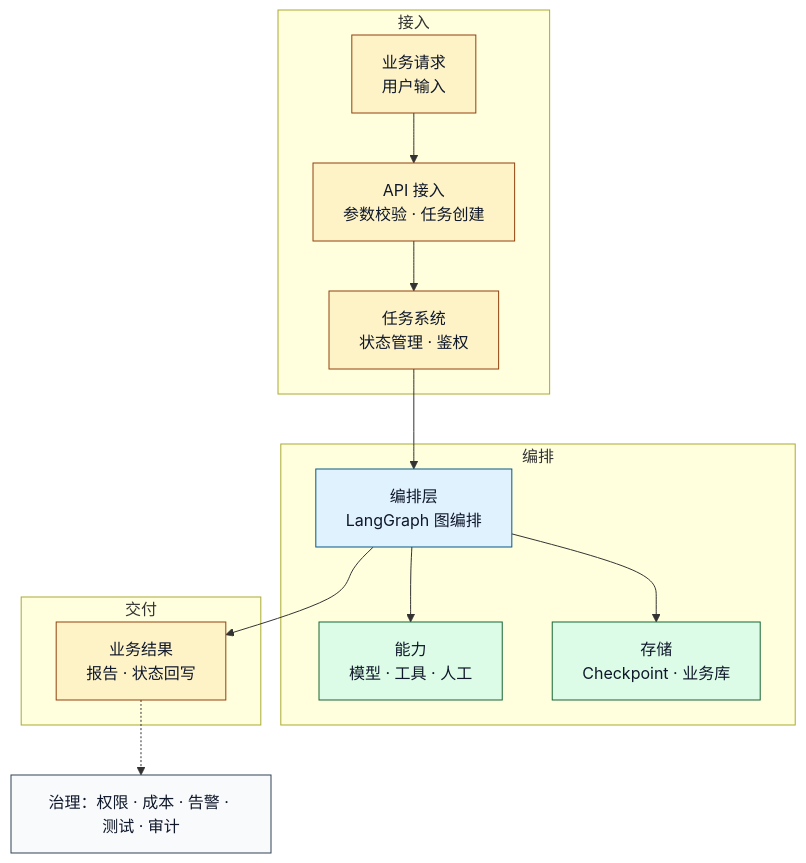
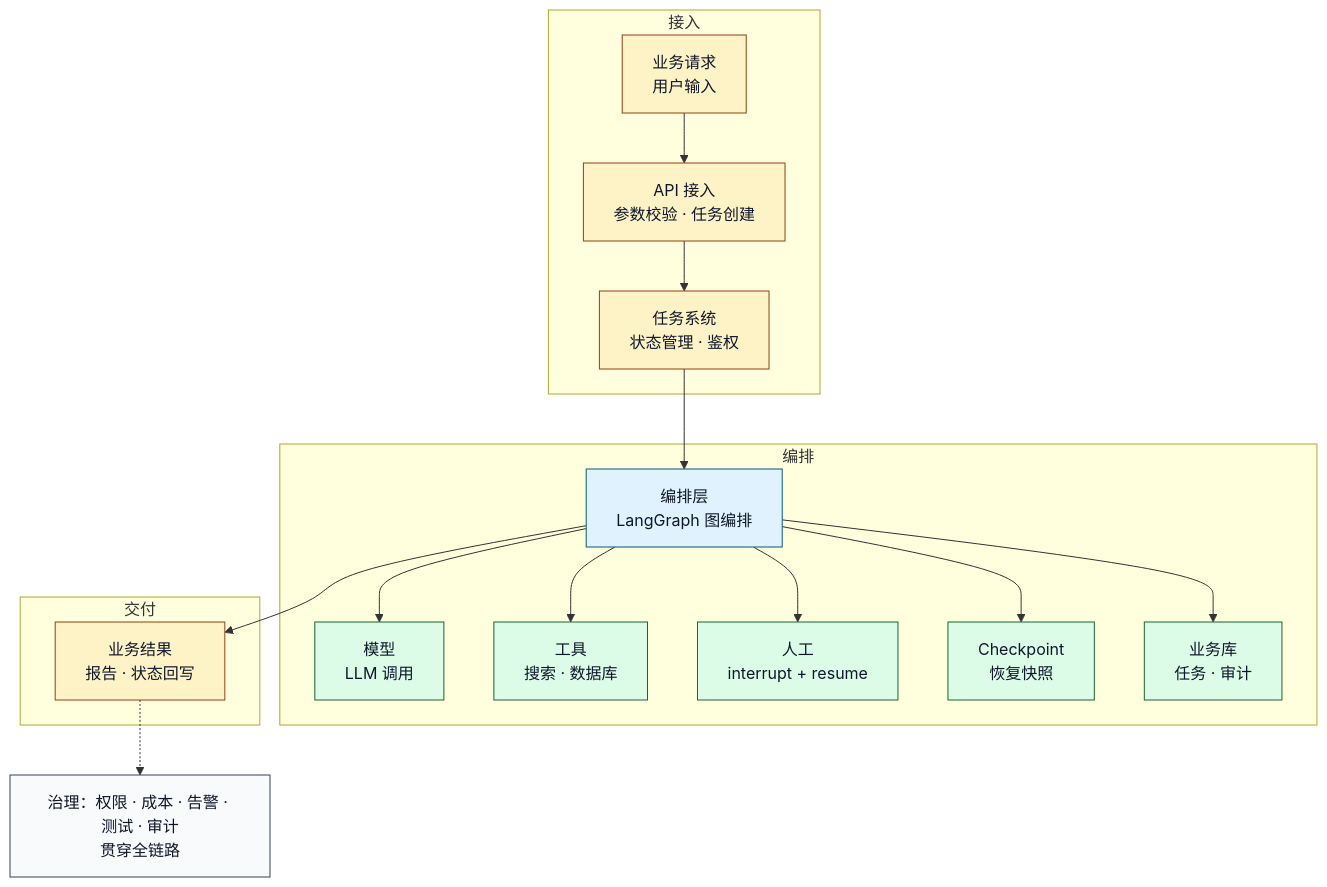
Before and after one commit to sealzrt/2026-08--agent: diagram 13 of 13 in ai-agent学习/06.LangGraph入门/16.LangGraph业务落地项目架构.md, drawn with Mermaid. The commit also changed other lines of this file and 95 other files, not shown here.

````diff
--- a/ai-agent学习/06.LangGraph入门/16.LangGraph业务落地项目架构.md
+++ b/ai-agent学习/06.LangGraph入门/16.LangGraph业务落地项目架构.md
@@ -498,31 +547,37 @@
 ```mermaid
 flowchart TD
     subgraph S1["接入"]
         Req["业务请求<br/>用户输入"]
         API["API 接入<br/>参数校验 · 任务创建"]
         Task["任务系统<br/>状态管理 · 鉴权"]
     end
     subgraph S2["编排"]
         Orch["编排层<br/>LangGraph 图编排"]
-        Cap["能力<br/>模型 · 工具 · 人工"]
-        Store["存储<br/>Checkpoint · 业务库"]
+        Model["模型<br/>LLM 调用"]
+        Tools["工具<br/>搜索 · 数据库"]
+        Human["人工<br/>interrupt + resume"]
+        CP["Checkpoint<br/>恢复快照"]
+        BizDB["业务库<br/>任务 · 审计"]
     end
     subgraph S3["交付"]
         Result["业务结果<br/>报告 · 状态回写"]
     end
     Req --> API
     API --> Task
     Task --> Orch
-    Orch --> Cap
-    Orch --> Store
+    Orch --> Model
+    Orch --> Tools
+    Orch --> Human
+    Orch --> CP
+    Orch --> BizDB
     Orch --> Result
-    Result -.-> Gov["治理：权限 · 成本 · 告警 · 测试 · 审计"]
+    Result -.-> Gov["治理：权限 · 成本 · 告警 · 测试 · 审计<br/>贯穿全链路"]
     classDef biz fill:#fef3c7,stroke:#92400e,color:#0f172a
     classDef core fill:#e0f2fe,stroke:#075985,color:#0f172a
     classDef cap fill:#dcfce7,stroke:#166534,color:#0f172a
     classDef neutral fill:#f8fafc,stroke:#334155,color:#0f172a
     class Req,API,Task,Result biz
     class Orch core
-    class Cap,Store cap
+    class Model,Tools,Human,CP,BizDB cap
     class Gov neutral
 ```
````
